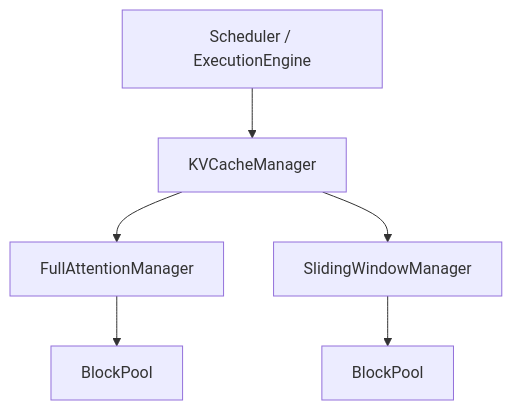
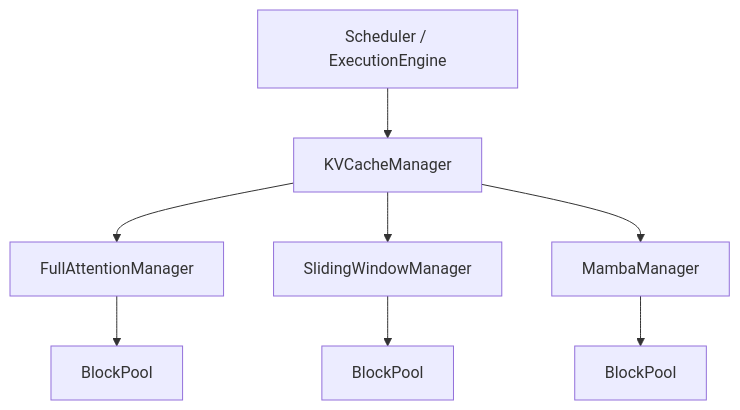
Before and after one commit to hicann/cann-recipes-infer: the first of 3 diagrams in docs/design/kv_cache_design.md, drawn with Mermaid. The commit also changed other lines of this file and 2 other files, not shown here.

````diff
--- a/docs/design/kv_cache_design.md
+++ b/docs/design/kv_cache_design.md
@@ -60,8 +60,10 @@
 ```mermaid
 graph TD
     A[Scheduler / ExecutionEngine] --> B[KVCacheManager]
     B --> C1[FullAttentionManager]
     B --> C2[SlidingWindowManager]
+    B --> C3[MambaManager]
     C1 --> D1[BlockPool]
     C2 --> D2[BlockPool]
+    C3 --> D3[BlockPool]
 ```
````
